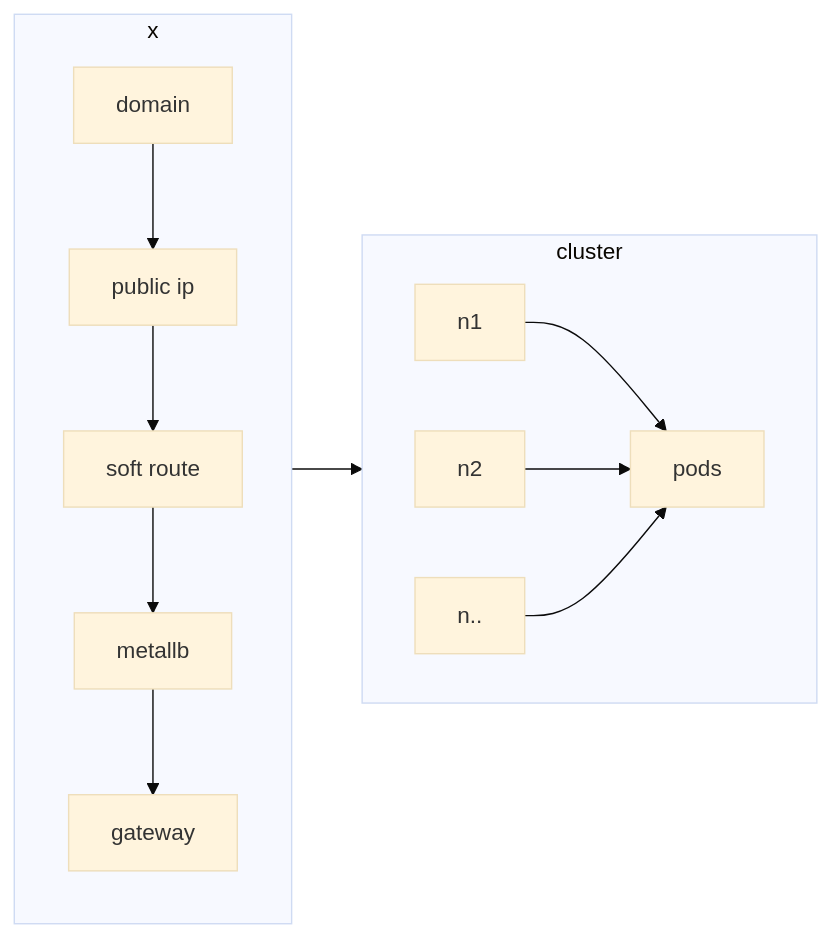
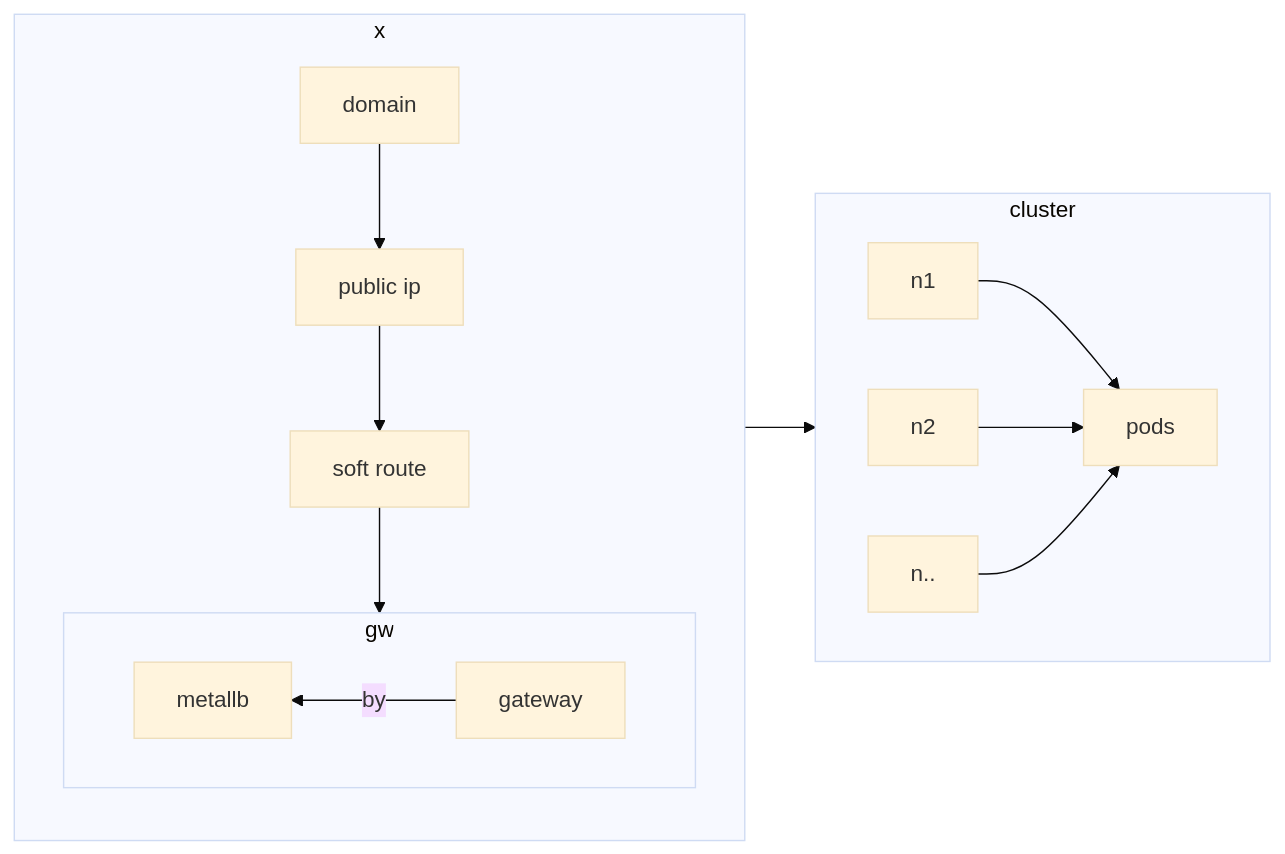
Before and after one commit to chanchan098/Docs: the first of 3 diagrams in operation/0-to-public-net-single-cluster.md, drawn with Mermaid (base theme). The commit also changed 10 other files, not shown here.

````diff
--- a/operation/0-to-public-net-single-cluster.md
+++ b/operation/0-to-public-net-single-cluster.md
@@ -3,13 +3,18 @@
 ```mermaid
 flowchart  LR
+    
     subgraph x
         direction TB
-        domain --> 1[public ip] --> sr[soft route] --> metallb --> gateway
+        domain --> 1[public ip] --> sr[soft route] --> gw
+    end
+    subgraph gw
+        direction RL
+        gateway -->|by| metallb 
     end
     subgraph cluster
         direction LR
         n1 & n2 & n.. --> pods
     end
     x --> cluster
 
 ```
````
